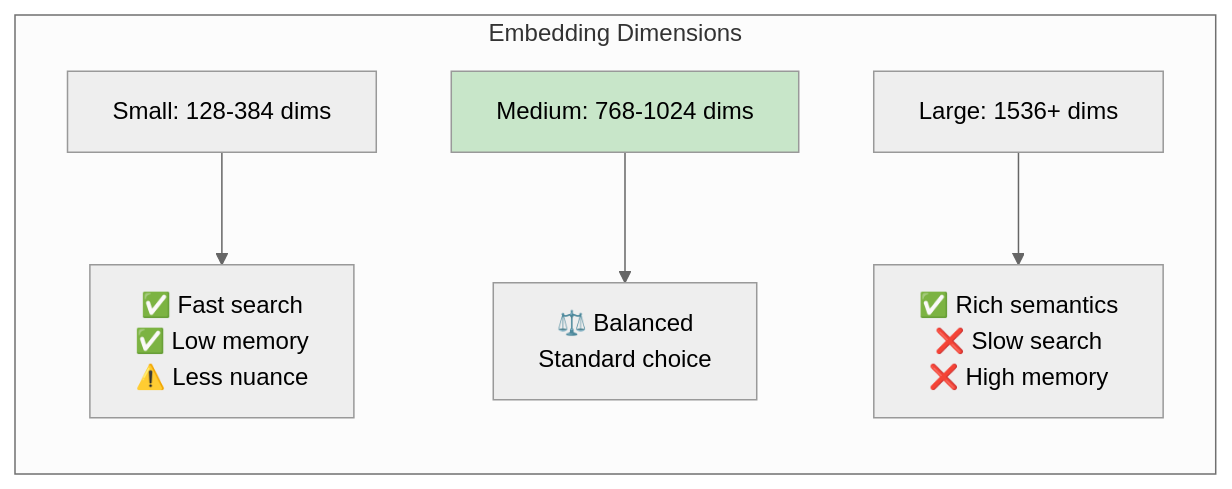
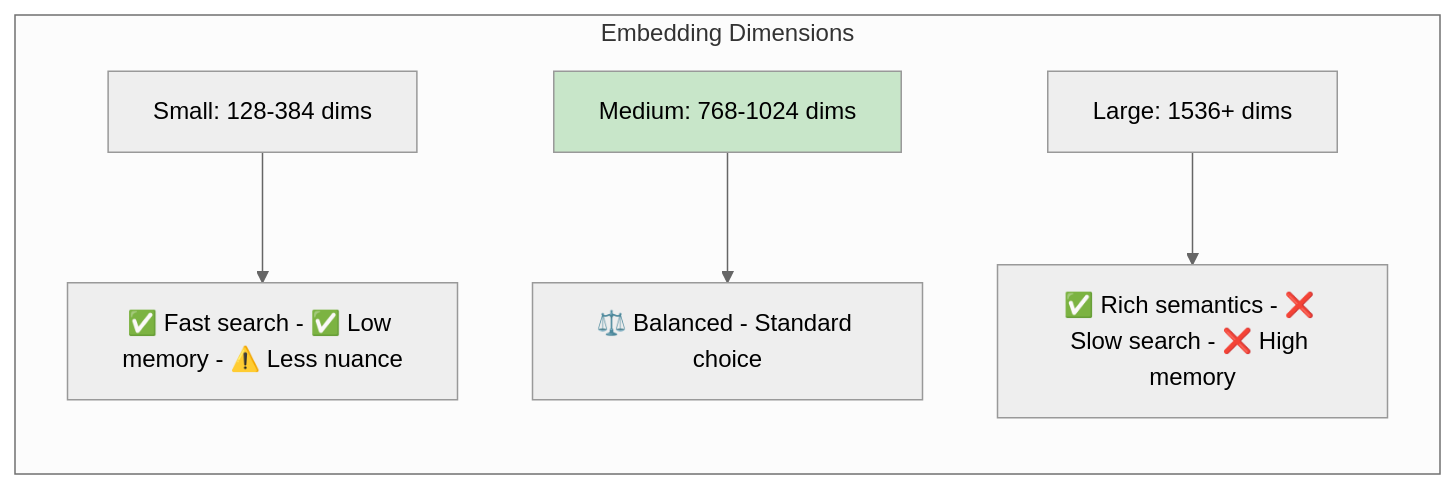
The third of 9 diagrams in docs/learning/02-embeddings-vectors.md (indhra/llm_rag_sec_findings), drawn with Mermaid (neutral theme) before and after one commit. The commit also changed other lines of this file and 9 other files, not shown here.

````diff
--- a/docs/learning/02-embeddings-vectors.md
+++ b/docs/learning/02-embeddings-vectors.md
@@ -101,10 +101,10 @@
 ```mermaid
 graph LR
     subgraph "Embedding Dimensions"
-        D1[Small: 128-384 dims] --> P1[✅ Fast search<br/>✅ Low memory<br/>⚠️ Less nuance]
-        D2[Medium: 768-1024 dims] --> P2[⚖️ Balanced<br/>Standard choice]
-        D3[Large: 1536+ dims] --> P3[✅ Rich semantics<br/>❌ Slow search<br/>❌ High memory]
+        D1[Small: 128-384 dims] --> P1[✅ Fast search - ✅ Low memory - ⚠️ Less nuance]
+        D2[Medium: 768-1024 dims] --> P2[⚖️ Balanced - Standard choice]
+        D3[Large: 1536+ dims] --> P3[✅ Rich semantics - ❌ Slow search - ❌ High memory]
     end
     
     style D2 fill:#c8e6c9
 ```
````
